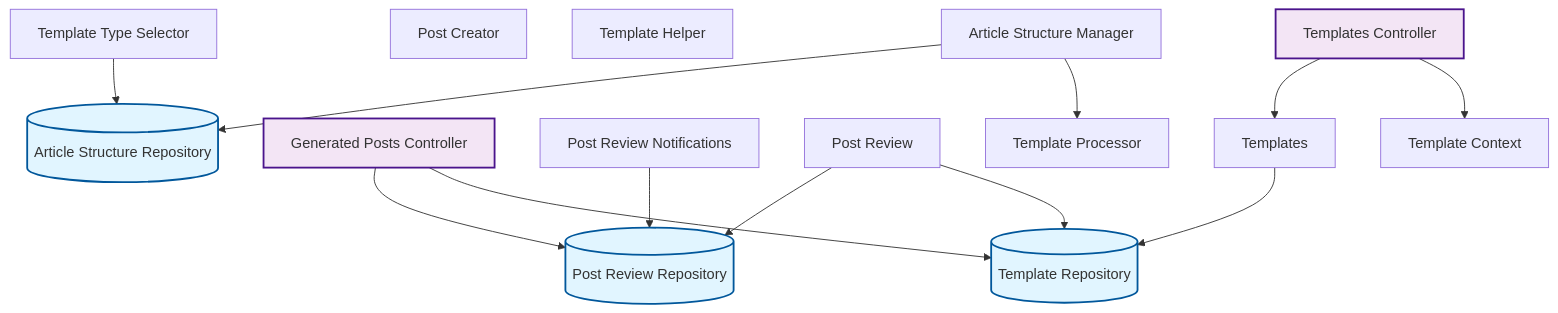
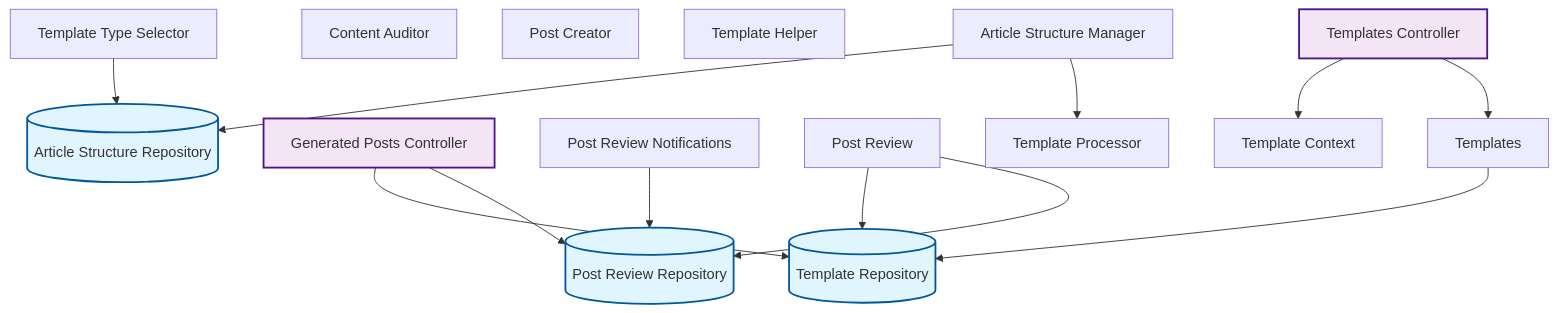
The fourth of 10 diagrams in docs/feature-report.md (rpnunez/wp-ai-scheduler), drawn with Mermaid before and after one commit. The commit also changed other lines of this file, not shown here.

````diff
--- a/docs/feature-report.md
+++ b/docs/feature-report.md
@@ -178,37 +182,38 @@
 ```mermaid
 flowchart TD
     %% Content Management Architecture
 
     Article_Structure_Manager["Article Structure Manager"]
     Article_Structure_Repository[("Article Structure Repository")]
+    Content_Auditor["Content Auditor"]
     Generated_Posts_Controller["Generated Posts Controller"]
     Post_Creator["Post Creator"]
     Post_Review_Notifications["Post Review Notifications"]
     Post_Review_Repository[("Post Review Repository")]
     Post_Review["Post Review"]
     Template_Context["Template Context"]
     Template_Helper["Template Helper"]
     Template_Processor["Template Processor"]
     Template_Repository[("Template Repository")]
     Template_Type_Selector["Template Type Selector"]
     Templates_Controller["Templates Controller"]
     Templates["Templates"]
 
     Article_Structure_Manager --> Article_Structure_Repository
     Article_Structure_Manager --> Template_Processor
+    Generated_Posts_Controller --> Template_Repository
     Generated_Posts_Controller --> Post_Review_Repository
-    Generated_Posts_Controller --> Template_Repository
     Post_Review_Notifications --> Post_Review_Repository
+    Post_Review --> Template_Repository
     Post_Review --> Post_Review_Repository
-    Post_Review --> Template_Repository
     Template_Type_Selector --> Article_Structure_Repository
+    Templates_Controller --> Template_Context
     Templates_Controller --> Templates
-    Templates_Controller --> Template_Context
     Templates --> Template_Repository
 
     classDef repository fill:#e1f5ff,stroke:#01579b,stroke-width:2px
     classDef service fill:#fff3e0,stroke:#e65100,stroke-width:2px
     classDef controller fill:#f3e5f5,stroke:#4a148c,stroke-width:2px
     class Article_Structure_Repository,Post_Review_Repository,Template_Repository repository
     class Generated_Posts_Controller,Templates_Controller controller
 ```
````
